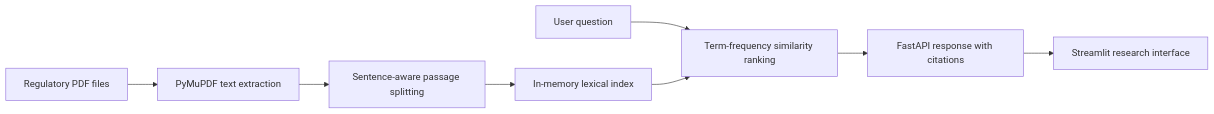
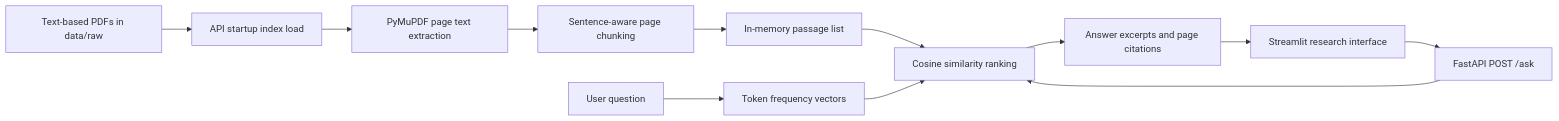
Before and after one commit to Nirrmitt/niyam-regulatory-intelligence: the diagram in README.md, drawn with Mermaid. The commit also changed other lines of this file, not shown here.

````diff
--- a/README.md
+++ b/README.md
@@ -23,10 +49,14 @@
 ```mermaid
 flowchart LR
-    PDF[Regulatory PDF files] --> EXTRACT[PyMuPDF text extraction]
-    EXTRACT --> CHUNK[Sentence-aware passage splitting]
-    CHUNK --> INDEX[In-memory lexical index]
-    QUESTION[User question] --> RANK[Term-frequency similarity ranking]
-    INDEX --> RANK
-    RANK --> API[FastAPI response with citations]
-    API --> UI[Streamlit research interface]
+    PDF[Text-based PDFs in data/raw] --> START[API startup index load]
+    START --> EXTRACT[PyMuPDF page text extraction]
+    EXTRACT --> SPLIT[Sentence-aware page chunking]
+    SPLIT --> MEM[In-memory passage list]
+    Q[User question] --> TERMS[Token frequency vectors]
+    MEM --> COS[Cosine similarity ranking]
+    TERMS --> COS
+    COS --> RESP[Answer excerpts and page citations]
+    RESP --> UI[Streamlit research interface]
+    UI --> API[FastAPI POST /ask]
+    API --> COS
 ```
````
